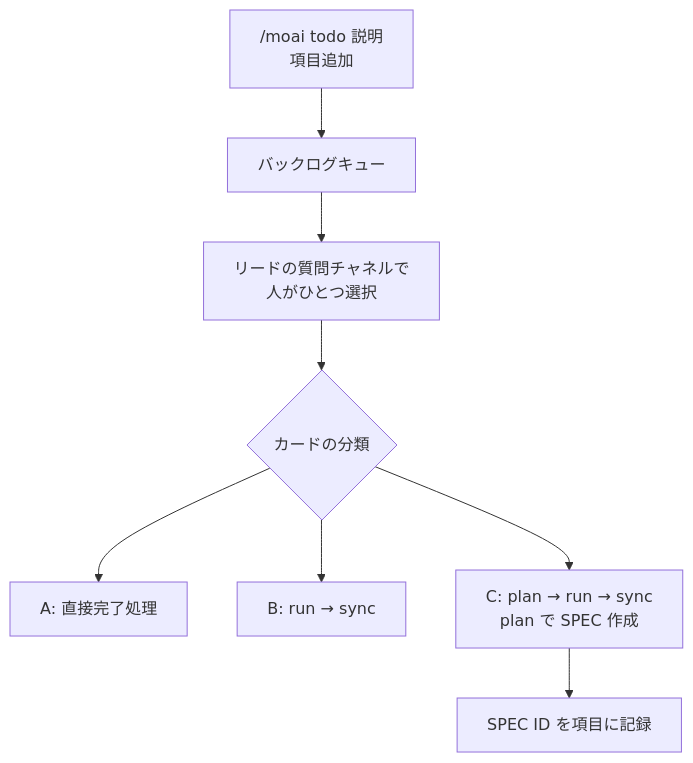
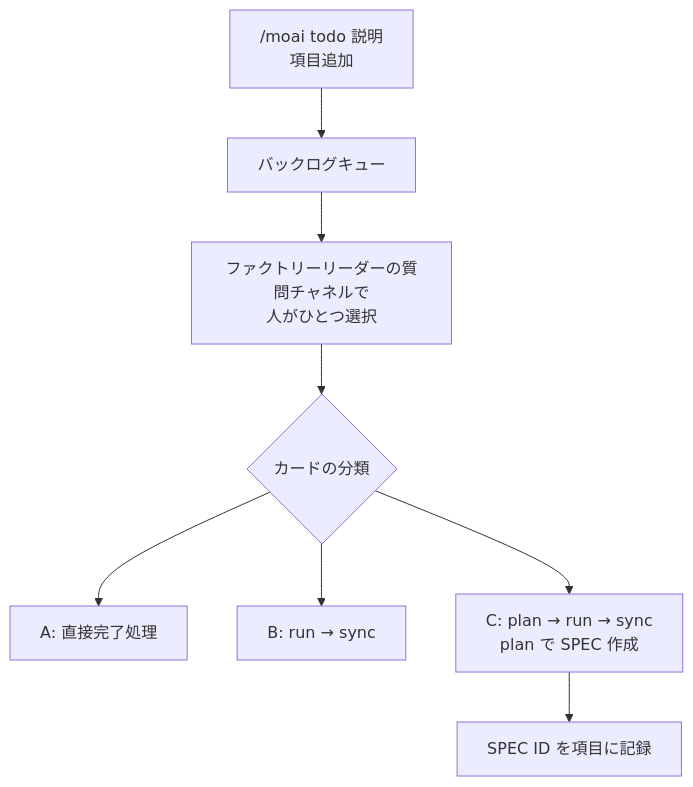
Before and after one commit to modu-ai/moai-adk: the diagram in docs-site/content/ja/utility-commands/moai-todo.md, drawn with Mermaid. The commit also changed other lines of this file and 3 other files, not shown here.

````diff
--- a/docs-site/content/ja/utility-commands/moai-todo.md
+++ b/docs-site/content/ja/utility-commands/moai-todo.md
@@ -31,10 +31,10 @@
 ```mermaid
 flowchart TD
     Add["/moai todo 説明<br/>項目追加"] --> Queue["バックログキュー"]
-    Queue --> Pick["リードの質問チャネルで<br/>人がひとつ選択"]
+    Queue --> Pick["ファクトリーリーダーの質問チャネルで<br/>人がひとつ選択"]
     Pick --> Class{"カードの分類"}
     Class --> A["A: 直接完了処理"]
     Class --> B["B: run → sync"]
     Class --> Plan["C: plan → run → sync<br/>plan で SPEC 作成"]
     Plan --> Spec["SPEC ID を項目に記録"]
 ```
````
